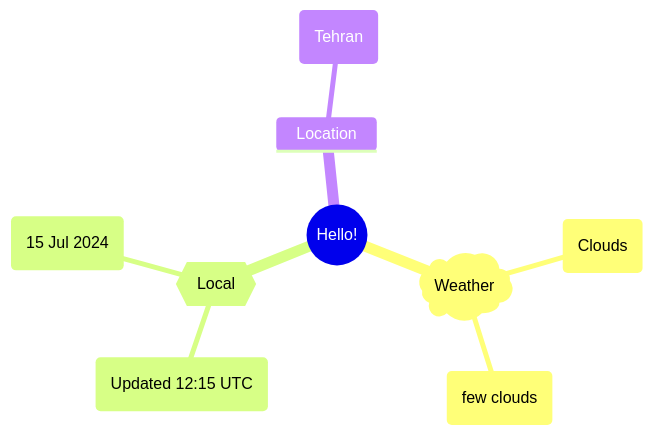
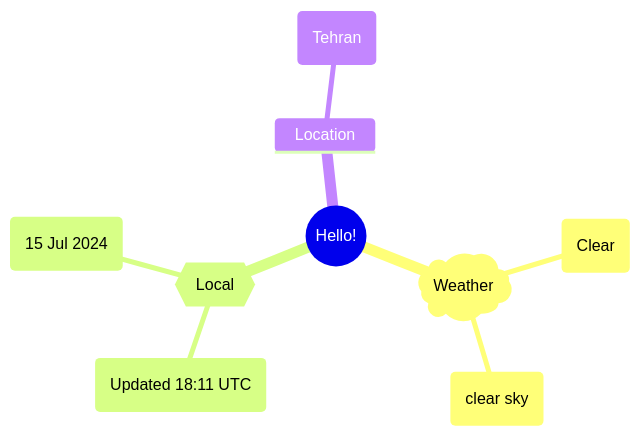
Before and after one commit to Xosrov/Xosrov: the first of 2 diagrams in README.md, drawn with Mermaid.

Commit message:
[bot] updated images

````diff
--- a/README.md
+++ b/README.md
@@ -3,12 +3,12 @@
 ```mermaid
 mindmap
   root((Hello!))
     )Weather(
-        (Clouds)
-        (few clouds)
+        (Clear)
+        (clear sky)
     {{Local}}
-        (Updated 12:15 UTC)
+        (Updated 18:11 UTC)
         (15 Jul 2024)
     Location
         (Tehran)
 ```
````
